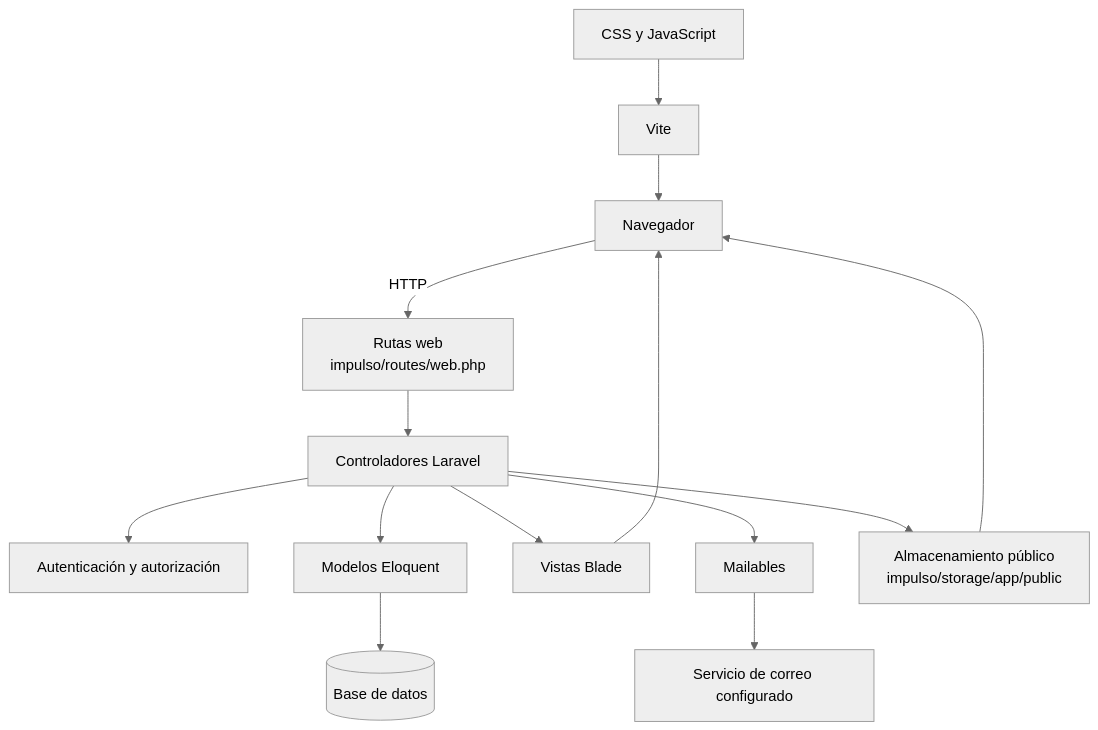
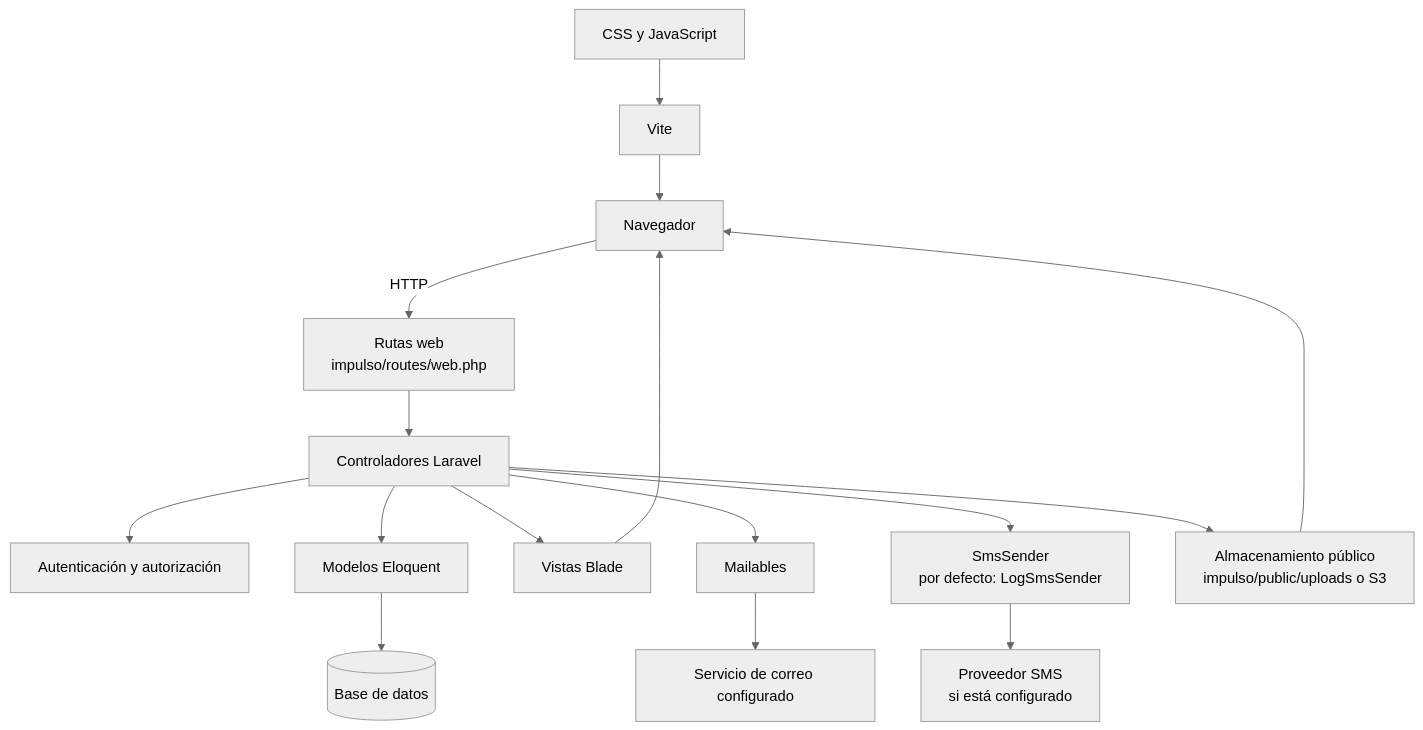
One commit to ifurque/impulso changed the third of 9 diagrams in docs/arquitectura.md. Above: the diagram before and after it, drawn with Mermaid (neutral theme). The commit also changed other lines of this file and 2 other files, not shown here.

Commit message:
docs: ampliar diagramas y registrar errores conocidos

````diff
--- a/docs/arquitectura.md
+++ b/docs/arquitectura.md
@@ -77,16 +104,18 @@
 ```mermaid
 flowchart TB
     browser["Navegador"] -->|HTTP| routes["Rutas web<br/>impulso/routes/web.php"]
     routes --> controllers["Controladores Laravel"]
     controllers --> auth["Autenticación y autorización"]
     controllers --> models["Modelos Eloquent"]
     controllers --> views["Vistas Blade"]
     controllers --> mail["Mailables"]
     models --> database[("Base de datos")]
     views --> browser
     mail --> mailserver["Servicio de correo configurado"]
+    controllers --> sms["SmsSender<br/>por defecto: LogSmsSender"]
+    sms --> smsprovider["Proveedor SMS<br/>si está configurado"]
     assets["CSS y JavaScript"] --> vite["Vite"]
     vite --> browser
-    controllers --> storage["Almacenamiento público<br/>impulso/storage/app/public"]
+    controllers --> storage["Almacenamiento público<br/>impulso/public/uploads o S3"]
     storage --> browser
 ```
````
